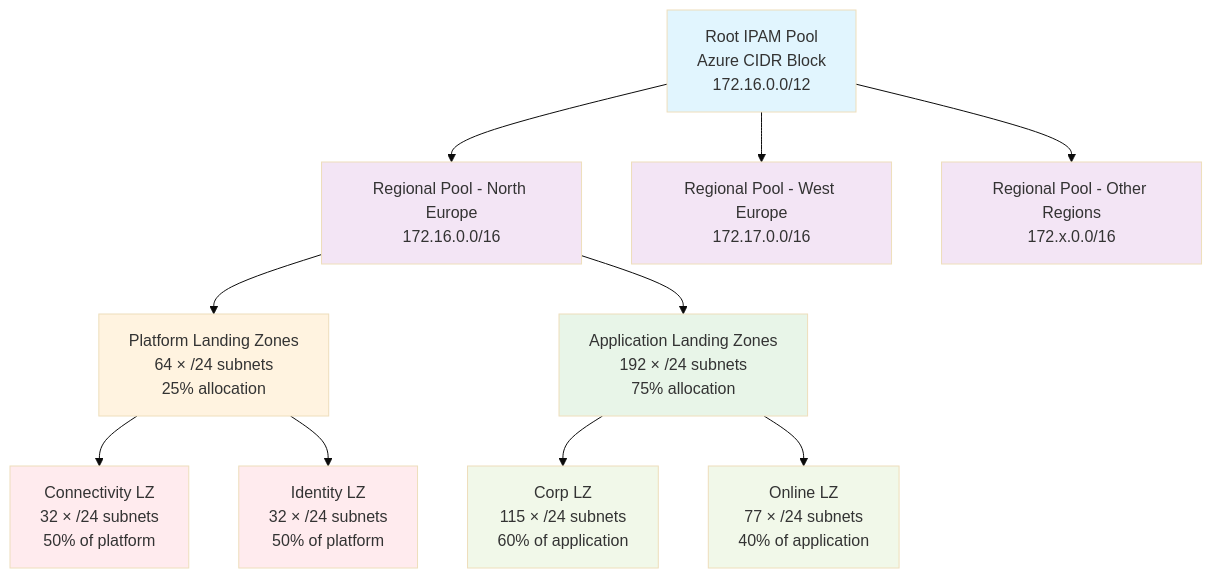
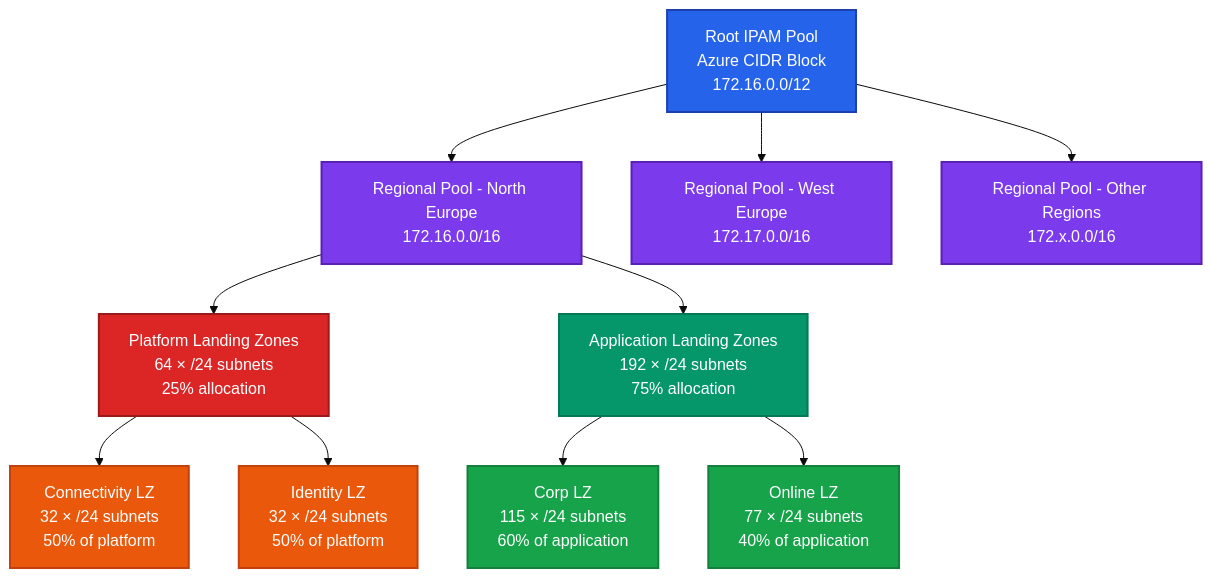
Before and after one commit to tanure/Azure-AVNM-IPAM: the diagram in README.md, drawn with Mermaid (base theme).

Commit message:
Update diagram styles in README for improved visual clarity and consistency

````diff
--- a/README.md
+++ b/README.md
@@ -9,26 +9,26 @@
 ```mermaid
 graph TD
     A[Root IPAM Pool<br/>Azure CIDR Block<br/>172.16.0.0/12] --> B[Regional Pool - North Europe<br/>172.16.0.0/16]
     A --> C[Regional Pool - West Europe<br/>172.17.0.0/16]
     A --> D[Regional Pool - Other Regions<br/>172.x.0.0/16]
     
     B --> E[Platform Landing Zones<br/>64 × /24 subnets<br/>25% allocation]
     B --> F[Application Landing Zones<br/>192 × /24 subnets<br/>75% allocation]
     
     E --> G[Connectivity LZ<br/>32 × /24 subnets<br/>50% of platform]
     E --> H[Identity LZ<br/>32 × /24 subnets<br/>50% of platform]
     
     F --> I[Corp LZ<br/>115 × /24 subnets<br/>60% of application]
     F --> J[Online LZ<br/>77 × /24 subnets<br/>40% of application]
     
-    style A fill:#e1f5fe
-    style B fill:#f3e5f5
-    style C fill:#f3e5f5
-    style D fill:#f3e5f5
-    style E fill:#fff3e0
-    style F fill:#e8f5e8
-    style G fill:#ffebee
-    style H fill:#ffebee
-    style I fill:#f1f8e9
-    style J fill:#f1f8e9
+    style A fill:#2563eb,stroke:#1e40af,stroke-width:2px,color:#ffffff
+    style B fill:#7c3aed,stroke:#5b21b6,stroke-width:2px,color:#ffffff
+    style C fill:#7c3aed,stroke:#5b21b6,stroke-width:2px,color:#ffffff
+    style D fill:#7c3aed,stroke:#5b21b6,stroke-width:2px,color:#ffffff
+    style E fill:#dc2626,stroke:#991b1b,stroke-width:2px,color:#ffffff
+    style F fill:#059669,stroke:#047857,stroke-width:2px,color:#ffffff
+    style G fill:#ea580c,stroke:#c2410c,stroke-width:2px,color:#ffffff
+    style H fill:#ea580c,stroke:#c2410c,stroke-width:2px,color:#ffffff
+    style I fill:#16a34a,stroke:#15803d,stroke-width:2px,color:#ffffff
+    style J fill:#16a34a,stroke:#15803d,stroke-width:2px,color:#ffffff
 ```
````
